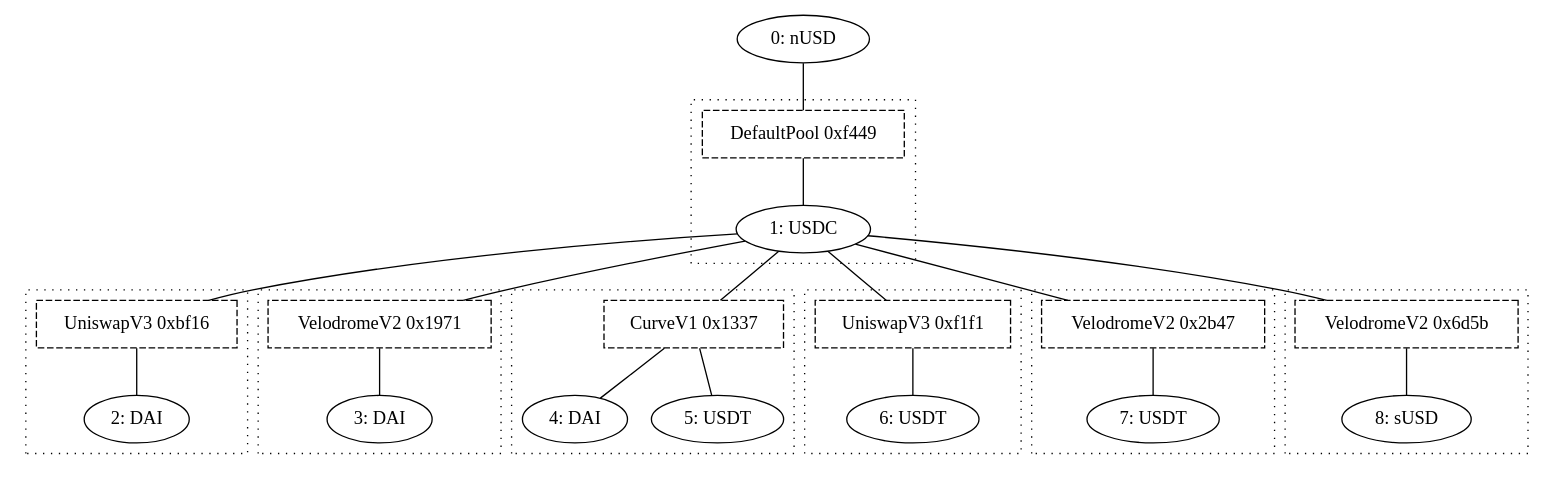
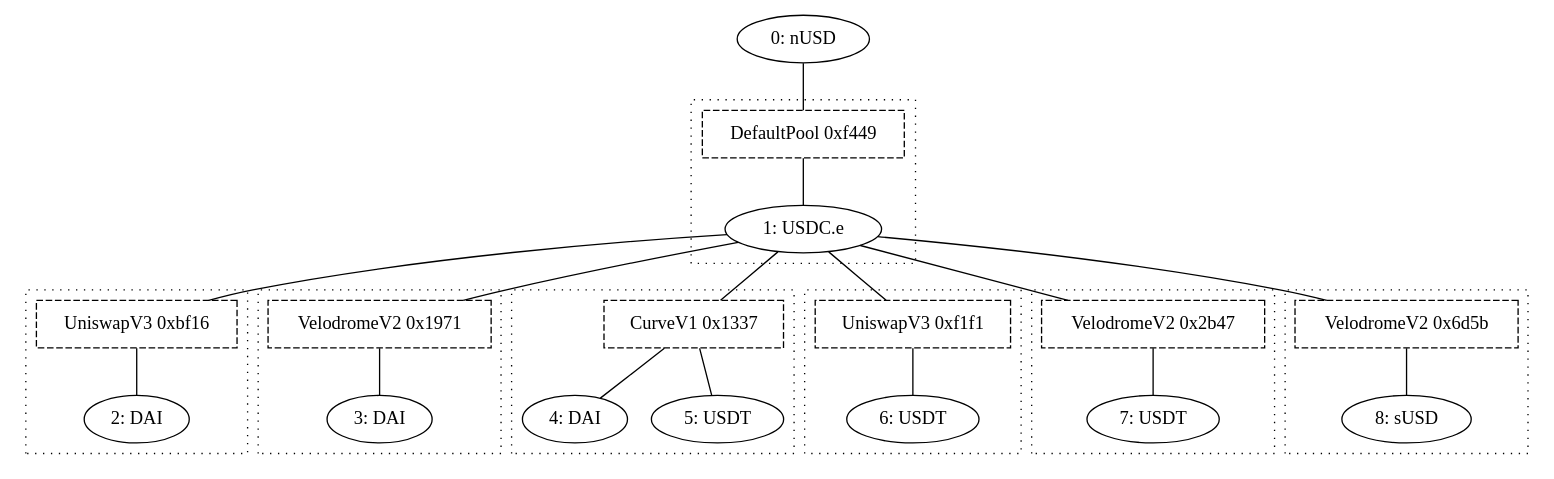
The diagram in script/configs/optimism/LinkedPool.nUSD.dot (synapsecns/synapse-contracts), drawn with Graphviz before and after one commit. The commit also changed 2 other files, not shown here.

Commit message:
Use USDC.e symbol for older USDC on Optimism

```diff
--- a/script/configs/optimism/LinkedPool.nUSD.dot
+++ b/script/configs/optimism/LinkedPool.nUSD.dot
@@ -1,89 +1,89 @@
 graph G {
     token0 [label = "0: nUSD";];
-    token1 [label = "1: USDC";];
+    token1 [label = "1: USDC.e";];
     token2 [label = "2: DAI";];
     token3 [label = "3: DAI";];
     token4 [label = "4: DAI";];
     token5 [label = "5: USDT";];
     token6 [label = "6: USDT";];
     token7 [label = "7: USDT";];
     token8 [label = "8: sUSD";];
     pool0 [label = "DefaultPool 0xf449";shape = rect;style = dashed;];
     token0 -- pool0;
     subgraph cluster0 {
         style = dotted;
         pool0 -- token1;
         subgraph {
             rank = same;
             edge [style = invis;];
             token1;
         }
     }
     pool1 [label = "UniswapV3 0xbf16";shape = rect;style = dashed;];
     token1 -- pool1;
     subgraph cluster1 {
         style = dotted;
         pool1 -- token2;
         subgraph {
             rank = same;
             edge [style = invis;];
             token2;
         }
     }
     pool2 [label = "VelodromeV2 0x1971";shape = rect;style = dashed;];
     token1 -- pool2;
     subgraph cluster2 {
         style = dotted;
         pool2 -- token3;
         subgraph {
             rank = same;
             edge [style = invis;];
             token3;
         }
     }
     pool3 [label = "CurveV1 0x1337";shape = rect;style = dashed;];
     token1 -- pool3;
     subgraph cluster3 {
         style = dotted;
         pool3 -- token4;
         pool3 -- token5;
         subgraph {
             rank = same;
             edge [style = invis;];
             token4 -- token5;
         }
     }
     pool4 [label = "UniswapV3 0xf1f1";shape = rect;style = dashed;];
     token1 -- pool4;
     subgraph cluster4 {
         style = dotted;
         pool4 -- token6;
         subgraph {
             rank = same;
             edge [style = invis;];
             token6;
         }
     }
     pool5 [label = "VelodromeV2 0x2b47";shape = rect;style = dashed;];
     token1 -- pool5;
     subgraph cluster5 {
         style = dotted;
         pool5 -- token7;
         subgraph {
             rank = same;
             edge [style = invis;];
             token7;
         }
     }
     pool6 [label = "VelodromeV2 0x6d5b";shape = rect;style = dashed;];
     token1 -- pool6;
     subgraph cluster6 {
         style = dotted;
         pool6 -- token8;
         subgraph {
             rank = same;
             edge [style = invis;];
             token8;
         }
     }
 }
```
